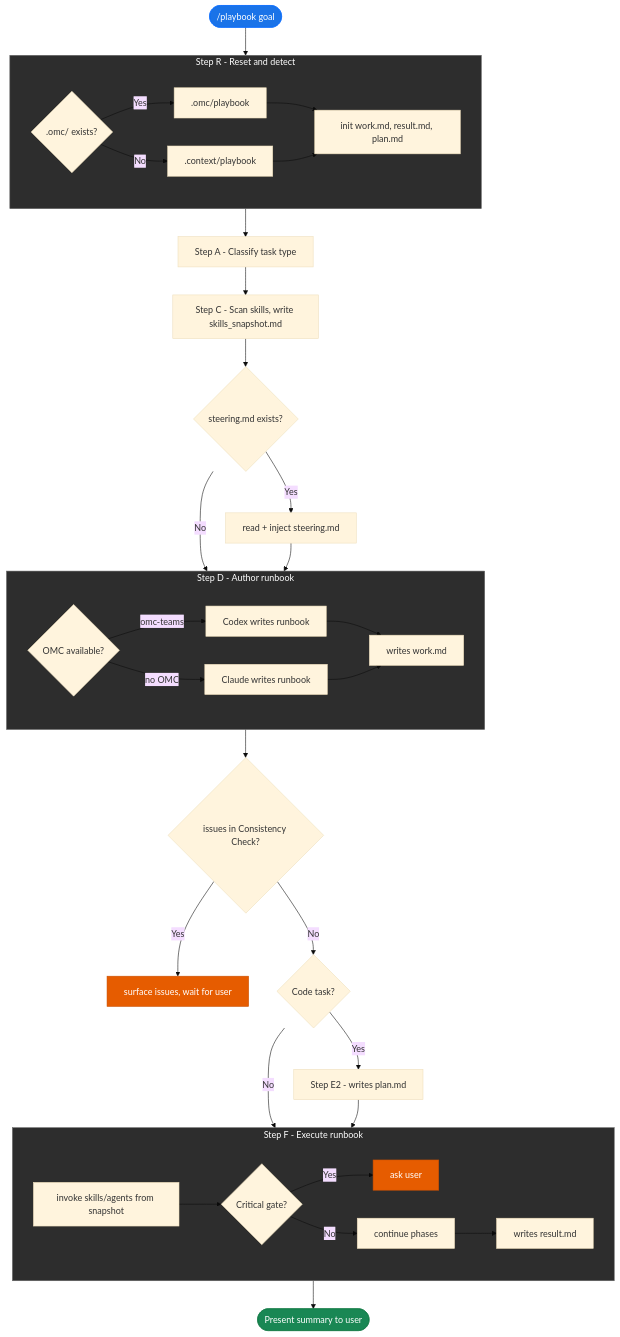
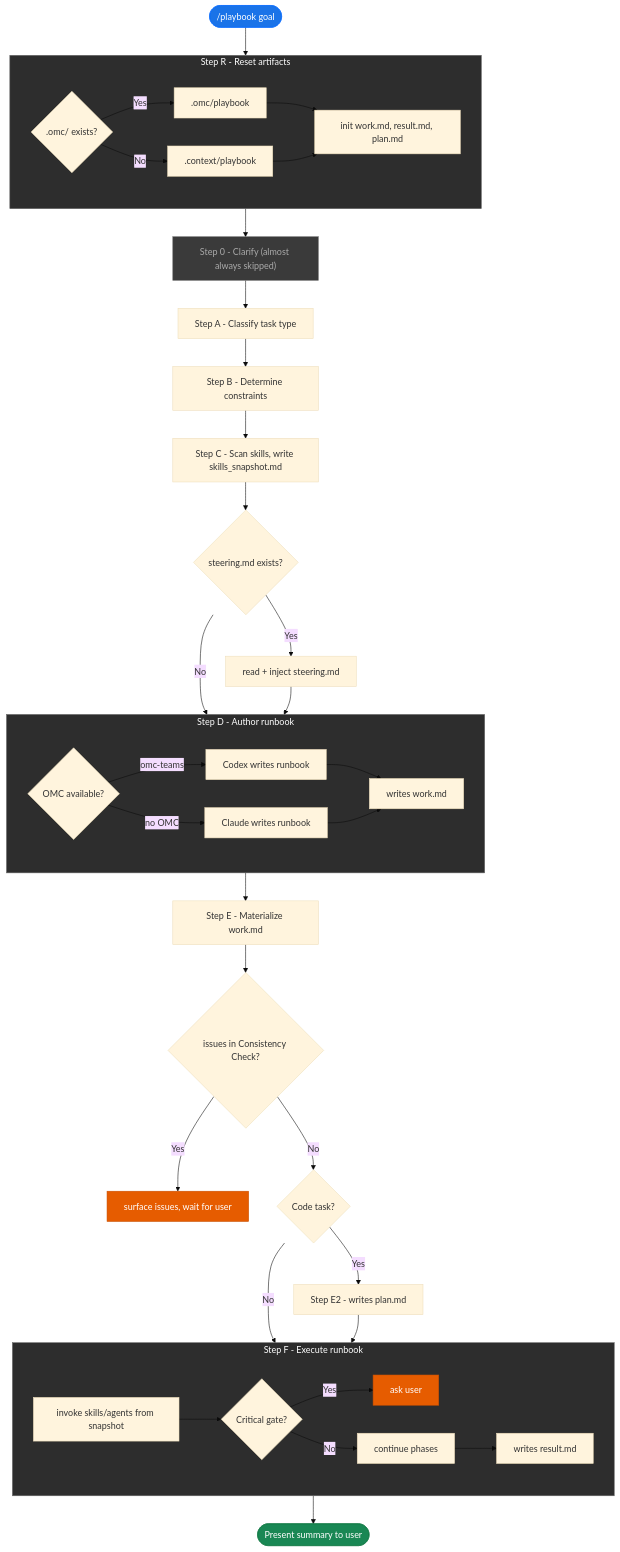
One commit to AhyoungRyu/claude-code changed the diagram in skills/playbook/README.md. Above: the diagram before and after it, drawn with Mermaid (base theme).

Commit message:
Add missing Step 0, Step B, Step E to flowchart

````diff
--- a/skills/playbook/README.md
+++ b/skills/playbook/README.md
@@ -46,55 +46,58 @@
 ```mermaid
 flowchart TD
     START(["/playbook goal"]) --> R
 
-    subgraph R["Step R - Reset and detect"]
+    subgraph R["Step R - Reset artifacts"]
         R1{".omc/ exists?"}
         R1 -->|Yes| R2[".omc/playbook"]
         R1 -->|No| R3[".context/playbook"]
         R2 & R3 --> R4["init work.md, result.md, plan.md"]
     end
 
-    R --> A["Step A - Classify task type"]
-
-    A --> C["Step C - Scan skills, write skills_snapshot.md"]
+    R --> S0["Step 0 - Clarify (almost always skipped)"]
+    S0 --> A["Step A - Classify task type"]
+    A --> B["Step B - Determine constraints"]
+    B --> C["Step C - Scan skills, write skills_snapshot.md"]
 
     C --> C2{"steering.md exists?"}
     C2 -->|Yes| C2R["read + inject steering.md"]
     C2 -->|No| D
     C2R --> D
 
     subgraph D["Step D - Author runbook"]
         DA{"OMC available?"}
         DA -->|omc-teams| DB["Codex writes runbook"]
         DA -->|no OMC| DC["Claude writes runbook"]
         DB & DC --> DD["writes work.md"]
     end
 
-    D --> ISSUE{"issues in Consistency Check?"}
+    D --> E["Step E - Materialize work.md"]
+    E --> ISSUE{"issues in Consistency Check?"}
     ISSUE -->|Yes| STOP1["surface issues, wait for user"]
     ISSUE -->|No| CT
 
     CT{"Code task?"}
     CT -->|Yes| E2["Step E2 - writes plan.md"]
     CT -->|No| F
 
     E2 --> F
 
     subgraph F["Step F - Execute runbook"]
         FA["invoke skills/agents from snapshot"]
         FA --> FB{"Critical gate?"}
         FB -->|Yes| STOP2["ask user"]
         FB -->|No| FC["continue phases"]
         FC --> FD["writes result.md"]
     end
 
     F --> DONE(["Present summary to user"])
 
     style START fill:#1a73e8,stroke:#0d6efd,color:#ffffff
     style DONE  fill:#198754,stroke:#157a47,color:#ffffff
     style STOP1 fill:#e65c00,stroke:#c94f00,color:#ffffff
     style STOP2 fill:#e65c00,stroke:#c94f00,color:#ffffff
+    style S0    fill:#3a3a3a,stroke:#777777,color:#aaaaaa
     style R     fill:#2d2d2d,stroke:#666666,color:#ffffff
     style D     fill:#2d2d2d,stroke:#666666,color:#ffffff
     style F     fill:#2d2d2d,stroke:#666666,color:#ffffff
 ```
````
